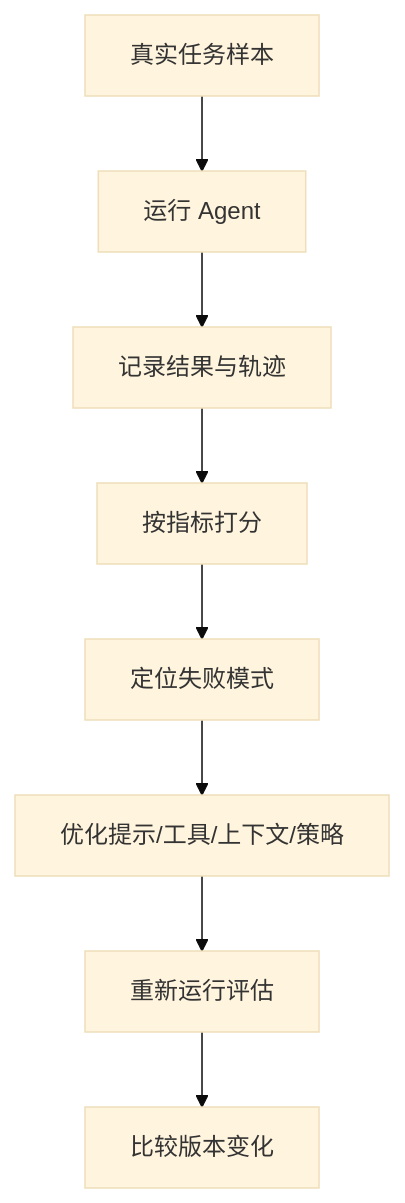
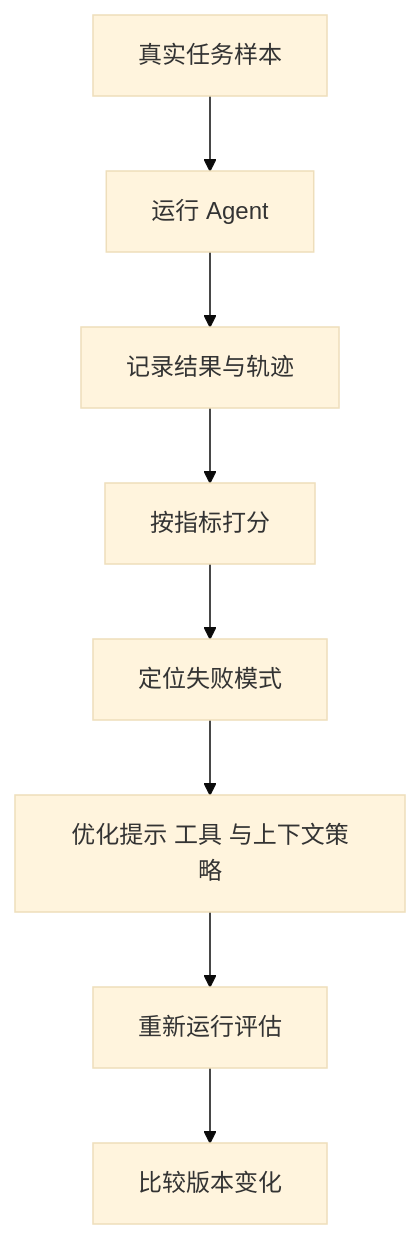
The first of 3 diagrams in docs/06-eval-evolution/agentic-eval-design.md (xiaoqianbaobao/ai-guide), drawn with Mermaid (base theme) before and after one commit. The commit also changed other lines of this file and 14 other files, not shown here.

Commit message:
修复前端mermaid语法错误问题

````diff
--- a/docs/06-eval-evolution/agentic-eval-design.md
+++ b/docs/06-eval-evolution/agentic-eval-design.md
@@ -34,10 +34,10 @@
 ```mermaid
 flowchart TD
     A[真实任务样本] --> B[运行 Agent]
     B --> C[记录结果与轨迹]
     C --> D[按指标打分]
     D --> E[定位失败模式]
-    E --> F[优化提示/工具/上下文/策略]
+    E --> F[优化提示 工具 与上下文策略]
     F --> G[重新运行评估]
     G --> H[比较版本变化]
 ```
````
